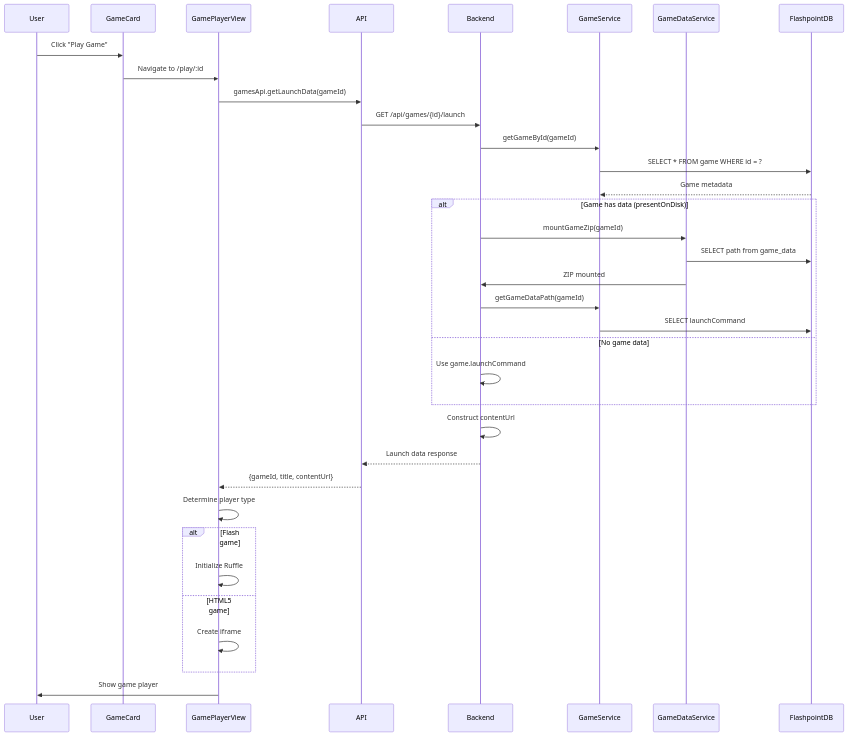
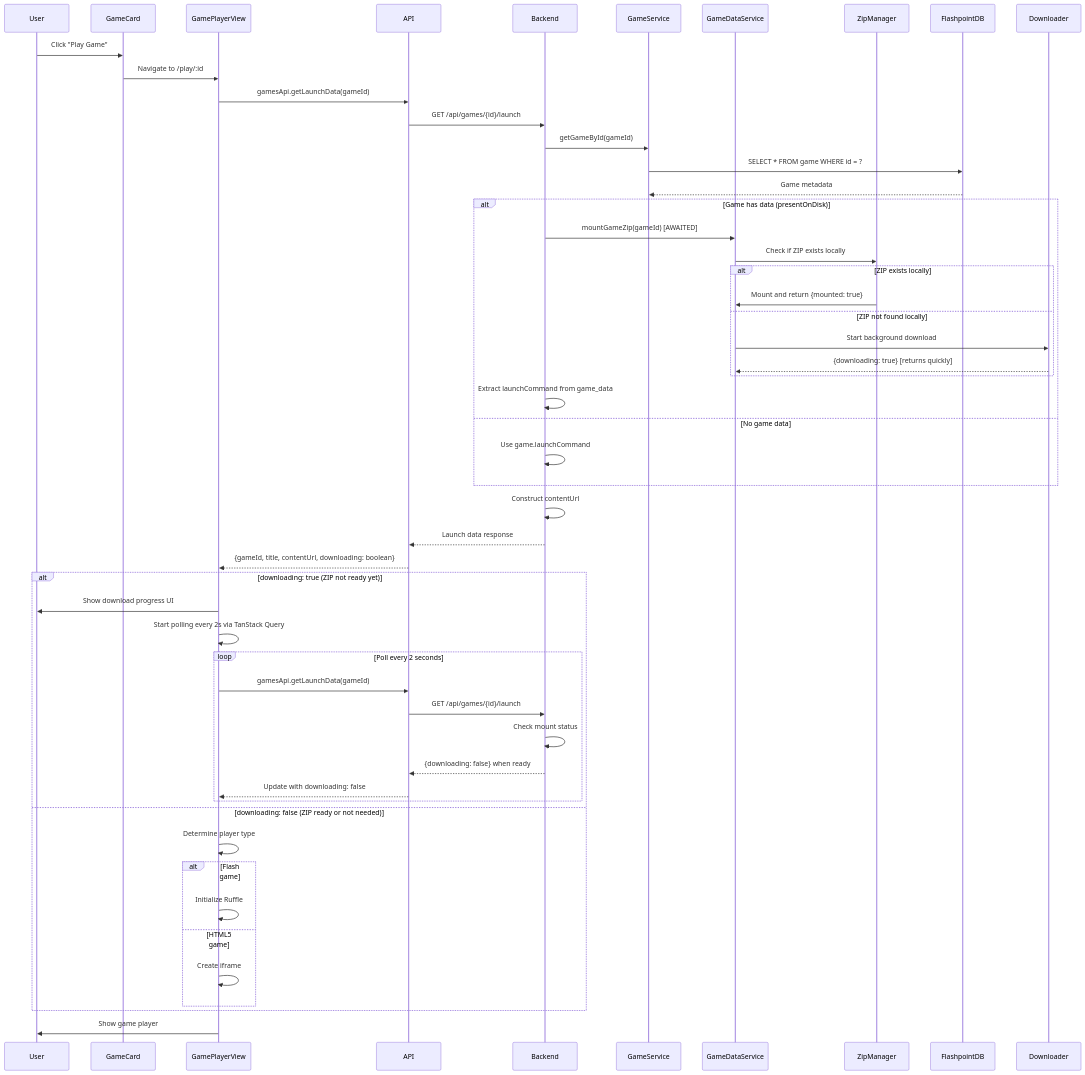
Before and after one commit to darkraise/flashpoint-web: the second of 6 diagrams in docs/02-architecture/game-launch-flow.md, drawn with Mermaid. The commit also changed other lines of this file and 252 other files, not shown here.

````diff
--- a/docs/02-architecture/game-launch-flow.md
+++ b/docs/02-architecture/game-launch-flow.md
@@ -60,45 +56,64 @@
 ```mermaid
 sequenceDiagram
     participant User
     participant GameCard
     participant GamePlayerView
     participant API
     participant Backend
     participant GameService
     participant GameDataService
+    participant ZipManager
     participant FlashpointDB
+    participant Downloader
 
     User->>GameCard: Click "Play Game"
     GameCard->>GamePlayerView: Navigate to /play/:id
 
     GamePlayerView->>API: gamesApi.getLaunchData(gameId)
     API->>Backend: GET /api/games/{id}/launch
 
     Backend->>GameService: getGameById(gameId)
     GameService->>FlashpointDB: SELECT * FROM game WHERE id = ?
     FlashpointDB-->>GameService: Game metadata
 
     alt Game has data (presentOnDisk)
-        Backend->>GameDataService: mountGameZip(gameId)
-        GameDataService->>FlashpointDB: SELECT path from game_data
-        GameDataService->>Backend: ZIP mounted
+        Backend->>GameDataService: mountGameZip(gameId) [AWAITED]
+        GameDataService->>ZipManager: Check if ZIP exists locally
 
-        Backend->>GameService: getGameDataPath(gameId)
-        GameService->>FlashpointDB: SELECT launchCommand
+        alt ZIP exists locally
+            ZipManager->>GameDataService: Mount and return {mounted: true}
+        else ZIP not found locally
+            GameDataService->>Downloader: Start background download
+            Downloader-->>GameDataService: {downloading: true} [returns quickly]
+        end
+
+        Backend->>Backend: Extract launchCommand from game_data
     else No game data
         Backend->>Backend: Use game.launchCommand
     end
 
     Backend->>Backend: Construct contentUrl
     Backend-->>API: Launch data response
-    API-->>GamePlayerView: {gameId, title, contentUrl}
+    API-->>GamePlayerView: {gameId, title, contentUrl, downloading: boolean}
 
-    GamePlayerView->>GamePlayerView: Determine player type
-    alt Flash game
-        GamePlayerView->>GamePlayerView: Initialize Ruffle
-    else HTML5 game
-        GamePlayerView->>GamePlayerView: Create iframe
+    alt downloading: true (ZIP not ready yet)
+        GamePlayerView->>User: Show download progress UI
+        GamePlayerView->>GamePlayerView: Start polling every 2s via TanStack Query
+        loop Poll every 2 seconds
+            GamePlayerView->>API: gamesApi.getLaunchData(gameId)
+            API->>Backend: GET /api/games/{id}/launch
+            Backend->>Backend: Check mount status
+            Backend-->>API: {downloading: false} when ready
+            API-->>GamePlayerView: Update with downloading: false
+        end
+    else downloading: false (ZIP ready or not needed)
+        GamePlayerView->>GamePlayerView: Determine player type
+        alt Flash game
+            GamePlayerView->>GamePlayerView: Initialize Ruffle
+        else HTML5 game
+            GamePlayerView->>GamePlayerView: Create iframe
+        end
     end
 
     GamePlayerView->>User: Show game player
 ```
````
